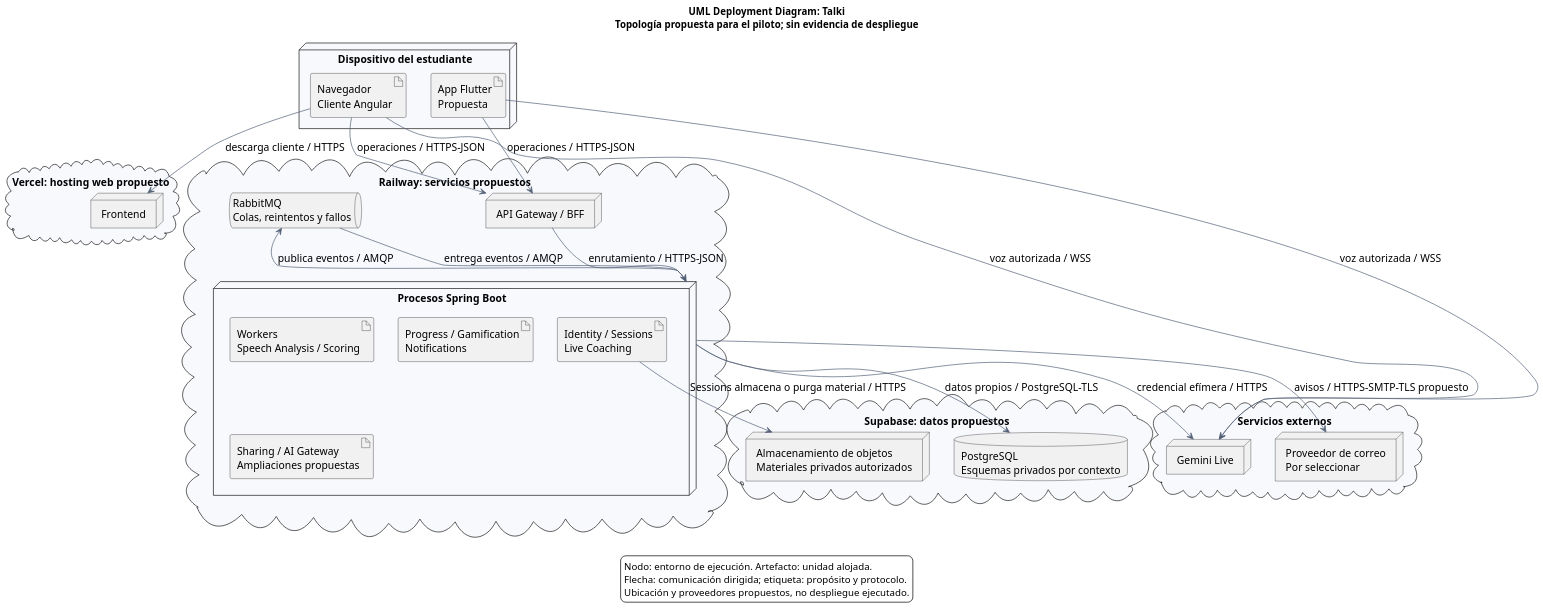
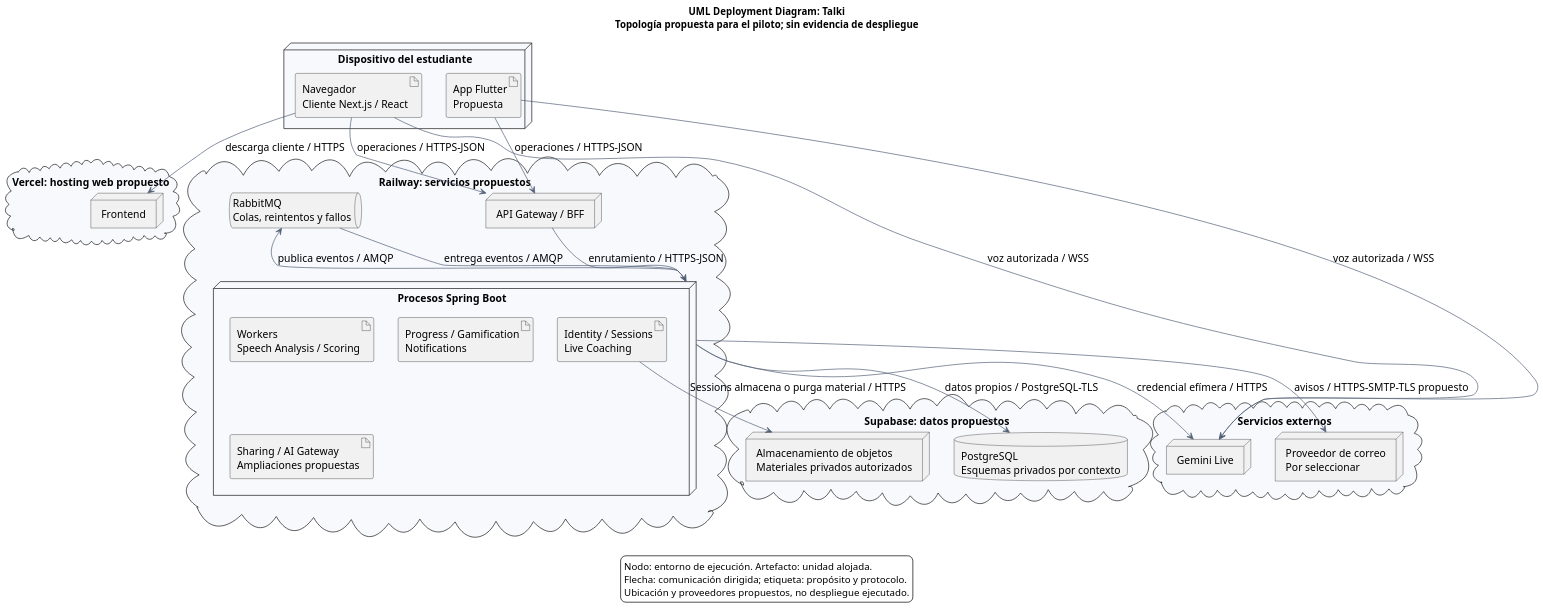
The diagram in assets/diagrams/c4/deployment.puml (upc-pre-202620-si728-16365-thropic/talki-project-report), drawn with PlantUML before and after one commit. The commit also changed 20 other files, not shown here.

Commit message:
docs(tb2): adopt Next React stack and retire migration plan

```diff
--- a/assets/diagrams/c4/deployment.puml
+++ b/assets/diagrams/c4/deployment.puml
@@ -1,60 +1,60 @@
 @startuml
 skinparam defaultFontName Arial
 skinparam defaultFontSize 15
 skinparam shadowing false
 skinparam componentStyle uml2
 skinparam backgroundColor white
 skinparam componentBackgroundColor #EAF0FF
 skinparam componentBorderColor #1749B5
 skinparam ArrowColor #536177
 skinparam packageBackgroundColor #F7F9FD
 skinparam dpi 130
 skinparam nodesep 35
 skinparam ranksep 50
 title
 UML Deployment Diagram: Talki
 Topología propuesta para el piloto; sin evidencia de despliegue
 end title
 node "Dispositivo del estudiante" {
-  artifact "Navegador\nCliente Angular" as browser
+  artifact "Navegador\nCliente Next.js / React" as browser
   artifact "App Flutter\nPropuesta" as mobile
 }
 cloud "Vercel: hosting web propuesto" {
   node "Frontend" as frontend
 }
 cloud "Railway: servicios propuestos" {
   node "API Gateway / BFF" as gateway
   node "Procesos Spring Boot" as services {
     artifact "Identity / Sessions\nLive Coaching" as core
     artifact "Workers\nSpeech Analysis / Scoring" as workers
     artifact "Progress / Gamification\nNotifications" as support
     artifact "Sharing / AI Gateway\nAmpliaciones propuestas" as extension
   }
   queue "RabbitMQ\nColas, reintentos y fallos" as broker
 }
 cloud "Supabase: datos propuestos" {
   database "PostgreSQL\nEsquemas privados por contexto" as pg
   node "Almacenamiento de objetos\nMateriales privados autorizados" as storage
 }
 cloud "Servicios externos" {
   node "Gemini Live" as ai
   node "Proveedor de correo\nPor seleccionar" as mail
 }
 browser --> frontend : descarga cliente / HTTPS
 browser --> gateway : operaciones / HTTPS-JSON
 mobile --> gateway : operaciones / HTTPS-JSON
 gateway --> services : enrutamiento / HTTPS-JSON
 services --> broker : publica eventos / AMQP
 broker --> services : entrega eventos / AMQP
 services --> pg : datos propios / PostgreSQL-TLS
 core --> storage : Sessions almacena o purga material / HTTPS
 services --> ai : credencial efímera / HTTPS
 browser -[norank]-> ai : voz autorizada / WSS
 mobile -[norank]-> ai : voz autorizada / WSS
 services --> mail : avisos / HTTPS-SMTP-TLS propuesto
 legend bottom
 Nodo: entorno de ejecución. Artefacto: unidad alojada.
 Flecha: comunicación dirigida; etiqueta: propósito y protocolo.
 Ubicación y proveedores propuestos, no despliegue ejecutado.
 endlegend
 @enduml
```
